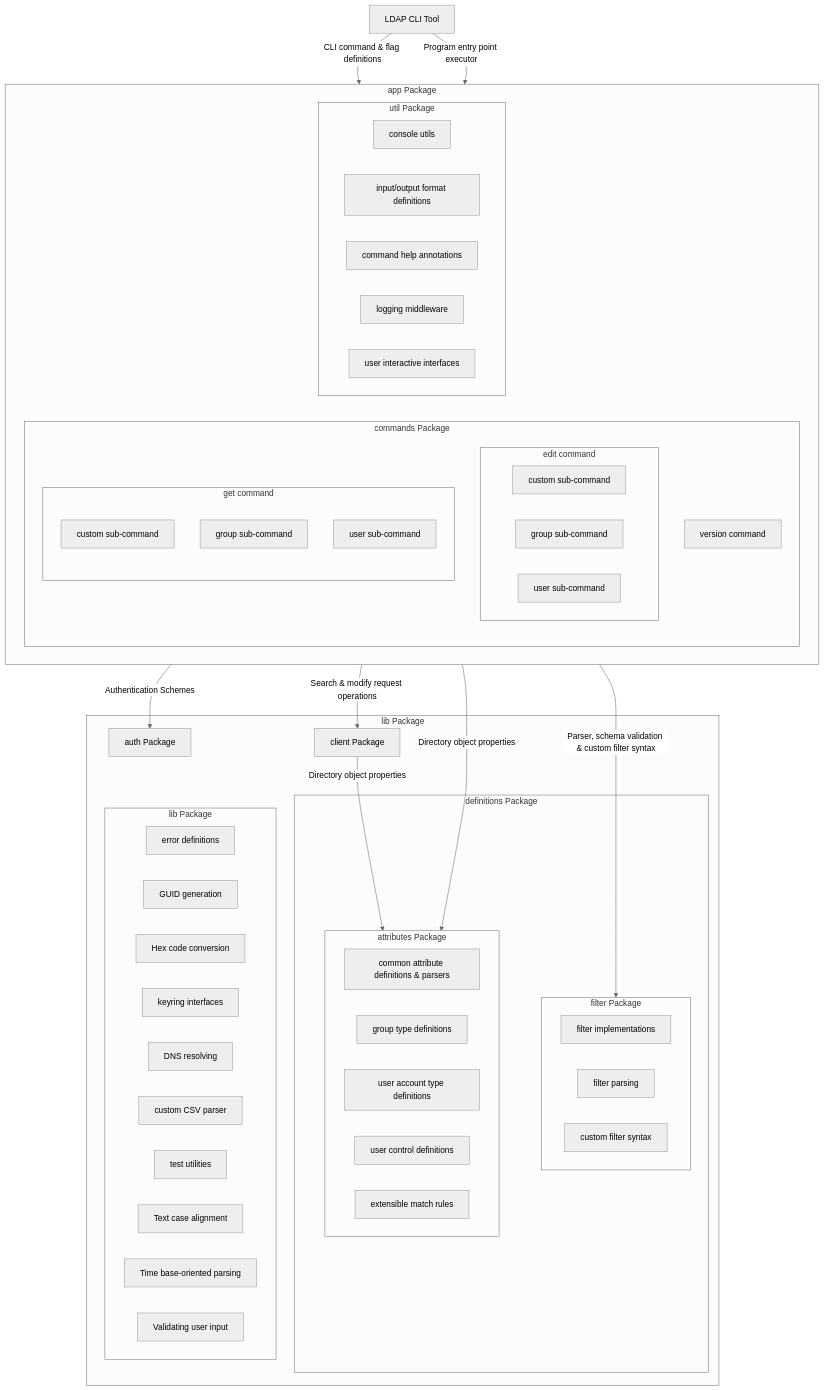
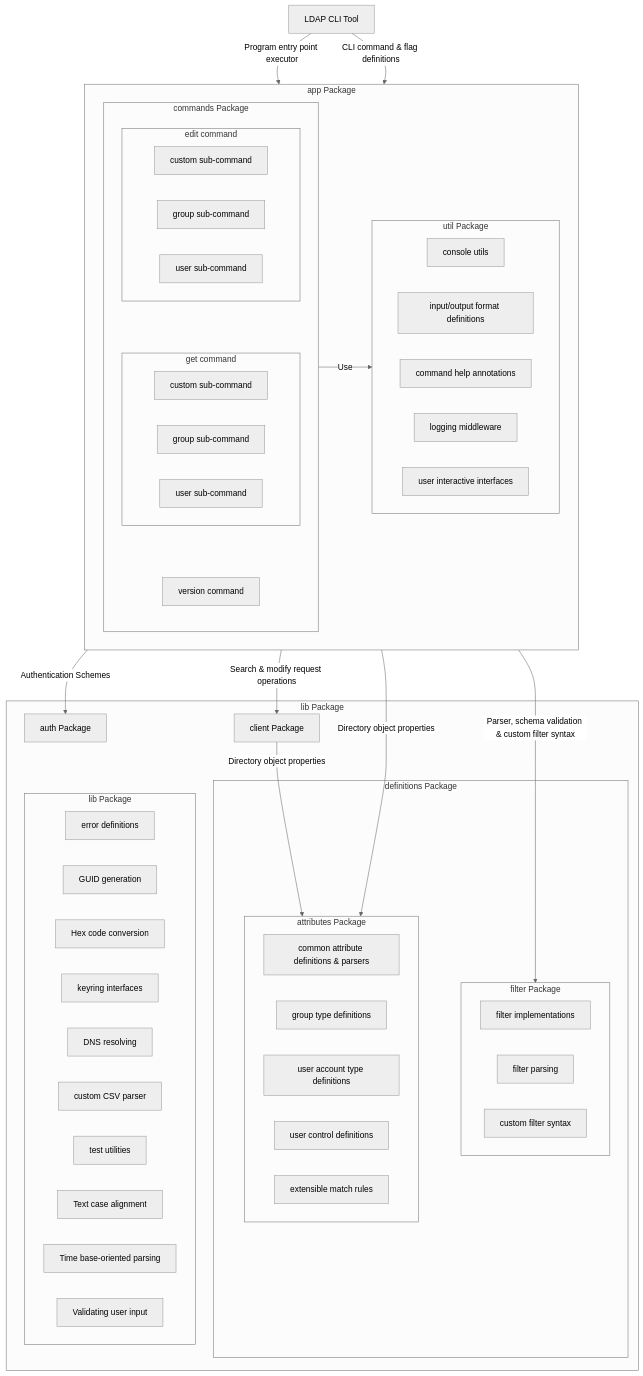
Before and after one commit to sarumaj/ldap-cli: the diagram in README.md, drawn with Mermaid (neutral theme).

Commit message:
update mermaid chart

````diff
--- a/README.md
+++ b/README.md
@@ -234,70 +234,73 @@
 ```mermaid
 graph TB
-    CLI_Tool[LDAP CLI Tool] -->|CLI command & flag definitions| App
-    CLI_Tool -->|Program entry point executor| App
+    CLI_Tool[LDAP CLI Tool] -->|Program entry point executor| App
+    CLI_Tool -->|CLI command & flag definitions| App
     App -->|Authentication Schemes| Auth
     App -->|Search & modify request operations| Client
     Client -->|Directory object properties| Attributes
     App -->|Directory object properties| Attributes
     App -->|Parser, schema validation & custom filter syntax| Filter
     subgraph Lib[lib Package]
         Auth[auth Package]
         Client[client Package]
         Definitions[definitions Package]
         UtilLib[util Package]
     end
     subgraph App[app Package]
         Commands[commands Package]
         UtilApp[util Package]
+        Commands -->|Use| UtilApp
     end
     subgraph Definitions[definitions Package]
         Attributes[attributes Package]
         Filter[filter Package]
     end
     subgraph Commands[commands Package]
         EditCmd[edit command]
         GetCmd[get command]
         VersionCmd[version command]
+        EditCmd ~~~ GetCmd
+        GetCmd ~~~ VersionCmd
     end
     subgraph EditCmd[edit command]
         EditCustom[custom sub-command]
         EditGroup[group sub-command]
         EditUser[user sub-command]
     end
     subgraph GetCmd[get command]
         GetCustom[custom sub-command]
         GetGroup[group sub-command]
         GetUser[user sub-command]
     end
     subgraph UtilApp[util Package]
         ConsoleUtils[console utils]
         Formats[input/output format definitions]
         HelpAnnotations[command help annotations]
         Logger[logging middleware]
         Survey[user interactive interfaces]
     end
     subgraph Filter[filter Package]
         FilterImpl[filter implementations]
         FilterParser[filter parsing]
         FilterAlias[custom filter syntax]
     end
     subgraph Attributes[attributes Package]
         Attribute[common attribute definitions & parsers]
         GroupAttribute[group type definitions]
         UserTypeAttribute[user account type definitions]
         UserControlAttribute[user control definitions]
         MatchingRule[extensible match rules]
     end
     subgraph UtilLib[lib Package]
         Errors[error definitions]
         Guid[GUID generation]
         Hex[Hex code conversion]
         Keyring[keyring interfaces]
         Net[DNS resolving]
         Path[custom CSV parser]
         Test[test utilities]
         Text[Text case alignment]
         Time[Time base-oriented parsing]
         Validation[Validating user input]
     end
 ```
````
